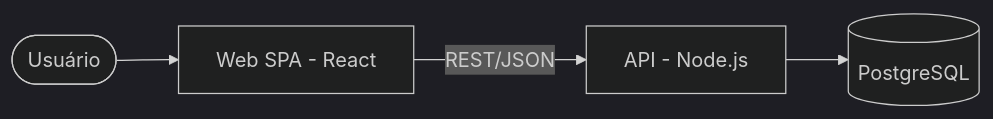
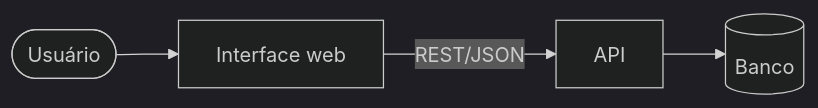
The diagram in skills/software-architecture/SKILL.md (rodrigo-isensee/Forge), drawn with Mermaid (dark theme) before and after one commit. The commit also changed other lines of this file and 161 other files, not shown here.

````diff
--- a/skills/software-architecture/SKILL.md
+++ b/skills/software-architecture/SKILL.md
@@ -18,6 +15,6 @@
 ```mermaid
 flowchart LR
-  user([Usuário]) --> web[Web SPA - React]
-  web -->|REST/JSON| api[API - Node.js]
-  api --> db[(PostgreSQL)]
+  user([Usuário]) --> web[Interface web]
+  web -->|REST/JSON| api[API]
+  api --> db[(Banco)]
 ```
````
